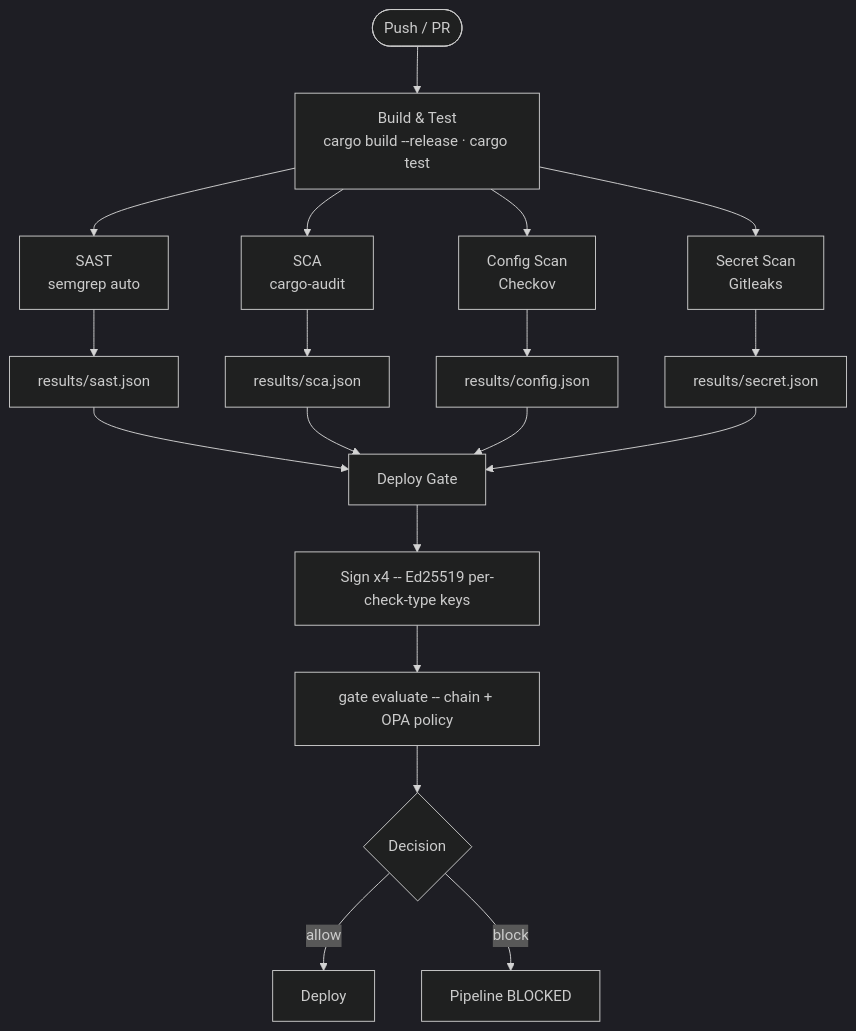
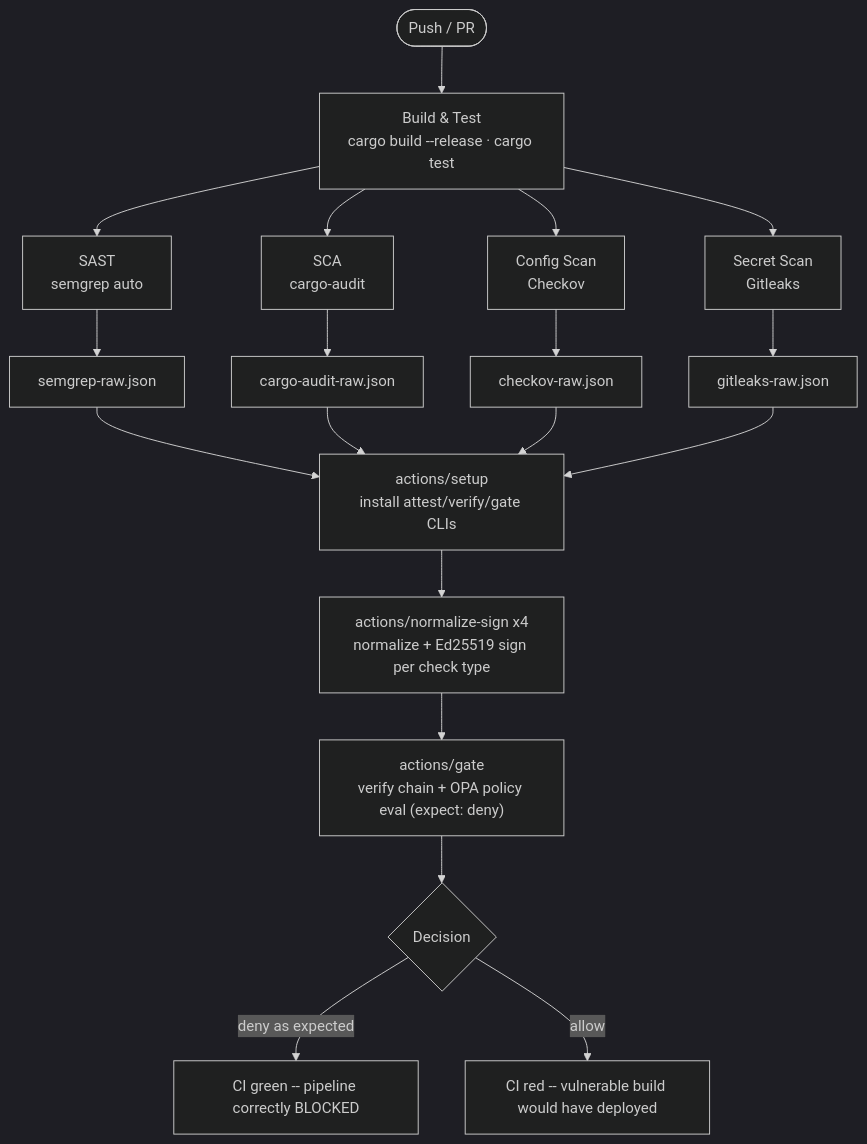
Before and after one commit to MemerGamer/Rust-DevSecOps-Demo: the diagram in README.md, drawn with Mermaid (dark theme). The commit also changed other lines of this file and 4 other files, not shown here.

````diff
--- a/README.md
+++ b/README.md
@@ -33,18 +73,18 @@
 ```mermaid
 flowchart TD
     A([Push / PR]) --> B["Build & Test\ncargo build --release · cargo test"]
     B --> C["SAST\nsemgrep auto"]
     B --> D["SCA\ncargo-audit"]
     B --> E["Config Scan\nCheckov"]
     B --> F["Secret Scan\nGitleaks"]
-    C --> G[results/sast.json]
-    D --> H[results/sca.json]
-    E --> I[results/config.json]
-    F --> J[results/secret.json]
-    G & H & I & J --> K[Deploy Gate]
-    K --> L["Sign x4 -- Ed25519 per-check-type keys"]
-    L --> M["gate evaluate -- chain + OPA policy"]
+    C --> G[semgrep-raw.json]
+    D --> H[cargo-audit-raw.json]
+    E --> I[checkov-raw.json]
+    F --> J[gitleaks-raw.json]
+    G & H & I & J --> K["actions/setup\ninstall attest/verify/gate CLIs"]
+    K --> L["actions/normalize-sign x4\nnormalize + Ed25519 sign per check type"]
+    L --> M["actions/gate\nverify chain + OPA policy eval (expect: deny)"]
     M --> N{Decision}
-    N -->|allow| O[Deploy]
-    N -->|block| P[Pipeline BLOCKED]
+    N -->|deny as expected| O[CI green -- pipeline correctly BLOCKED]
+    N -->|allow| P[CI red -- vulnerable build would have deployed]
 ```
````
